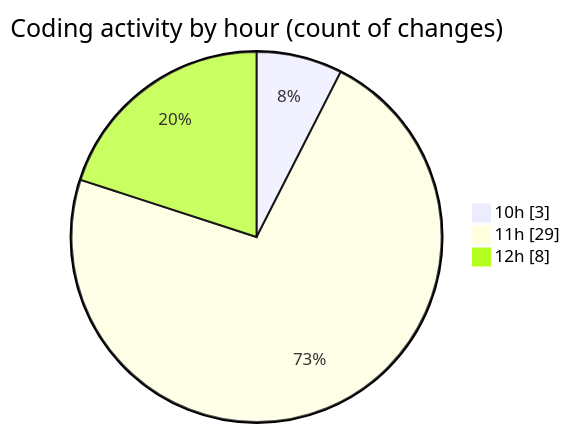
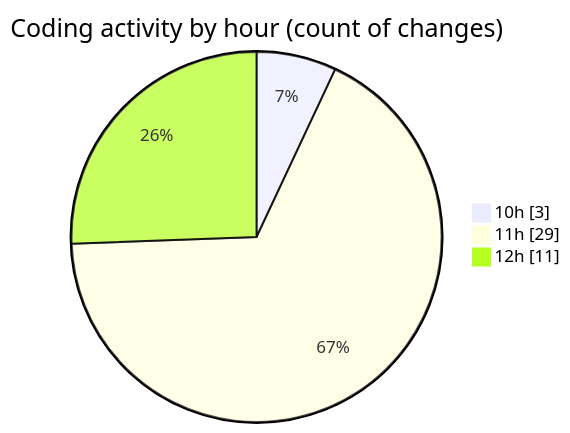
The second of 2 diagrams in 2025-08-14/ribbon/README.md (EIIisD/code-tracking), drawn with Mermaid before and after one commit. The commit also changed other lines of this file and 1 other file, not shown here.

````diff
--- a/2025-08-14/ribbon/README.md
+++ b/2025-08-14/ribbon/README.md
@@ -37,7 +37,7 @@
 ```mermaid
 pie showData
 title Coding activity by hour (count of changes)
 "10h" : 3
 "11h" : 29
-"12h" : 8
+"12h" : 11
 ```
````
